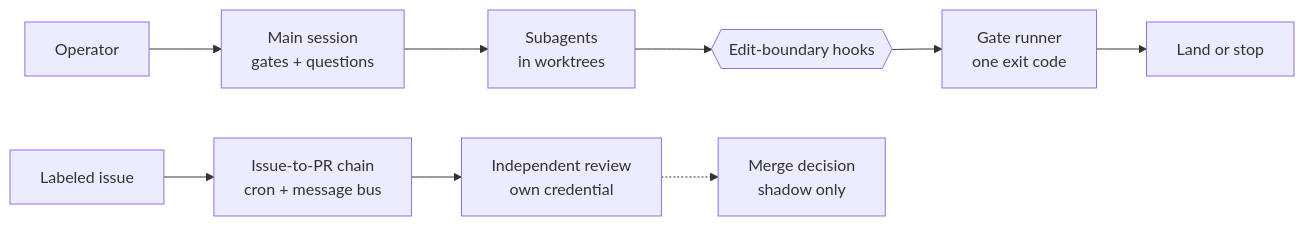
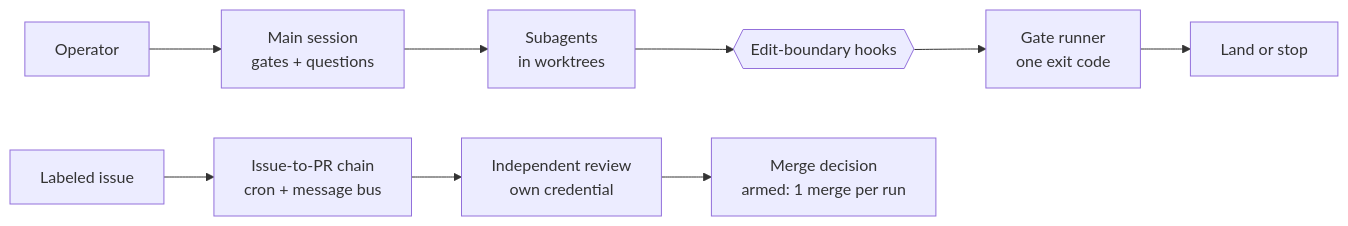
Before and after one commit to mxwerk/mxwerk.github.io: the diagram in content/projects/claude-setup.md, drawn with Mermaid. The commit also changed other lines of this file and 1 other file, not shown here.

````diff
--- a/content/projects/claude-setup.md
+++ b/content/projects/claude-setup.md
@@ -28,11 +30,11 @@
 ```mermaid
 flowchart LR
   O[Operator] --> M[Main session<br/>gates + questions]
   M --> S[Subagents<br/>in worktrees]
   S --> H{{Edit-boundary hooks}}
   H --> G[Gate runner<br/>one exit code]
   G --> L[Land or stop]
   I[Labeled issue] --> C[Issue-to-PR chain<br/>cron + message bus]
   C --> R[Independent review<br/>own credential]
-  R -.-> W[Merge decision<br/>shadow only]
+  R --> W[Merge decision<br/>armed: 1 merge per run]
 ```
````
